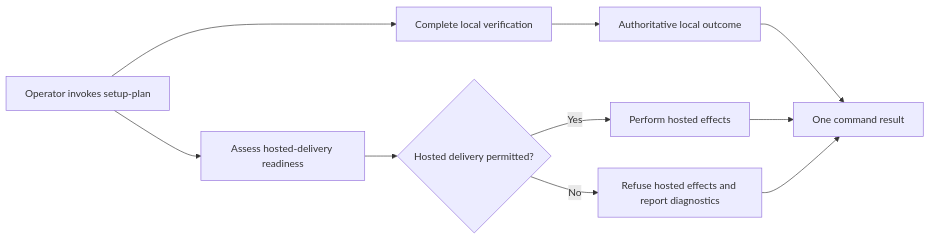
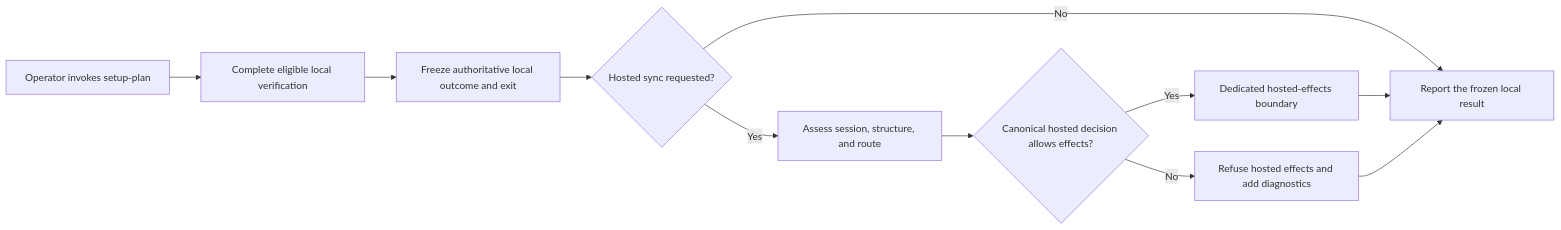
One commit to Priivacy-ai/spec-kitty changed the diagram in kitty-specs/setup-plan-auth-diagnostics-nonfatal-01M0QEAD/spec.md. Above: the diagram before and after it, drawn with Mermaid. The commit also changed other lines of this file and 5 other files, not shown here.

Commit message:
docs(mission): align setup-plan artifacts to local-first boundary

````diff
--- a/kitty-specs/setup-plan-auth-diagnostics-nonfatal-01M0QEAD/spec.md
+++ b/kitty-specs/setup-plan-auth-diagnostics-nonfatal-01M0QEAD/spec.md
@@ -23,12 +26,13 @@
 ```mermaid
 flowchart LR
-    Operator[Operator invokes setup-plan] --> Local[Complete local verification]
-    Operator --> Evidence[Assess hosted-delivery readiness]
-    Local --> Outcome[Authoritative local outcome]
-    Evidence --> Decision{Hosted delivery permitted?}
-    Decision -- Yes --> Hosted[Perform hosted effects]
-    Decision -- No --> Refuse[Refuse hosted effects and report diagnostics]
-    Outcome --> Report[One command result]
-    Hosted --> Report
+    Operator[Operator invokes setup-plan] --> Local[Complete eligible local verification]
+    Local --> Outcome[Freeze authoritative local outcome and exit]
+    Outcome --> Requested{Hosted sync requested?}
+    Requested -- No --> Report[Report the frozen local result]
+    Requested -- Yes --> Evidence[Assess session, structure, and route]
+    Evidence --> Decision{Canonical hosted decision allows effects?}
+    Decision -- Yes --> Boundary[Dedicated hosted-effects boundary]
+    Decision -- No --> Refuse[Refuse hosted effects and add diagnostics]
+    Boundary --> Report
     Refuse --> Report
 ```
````
